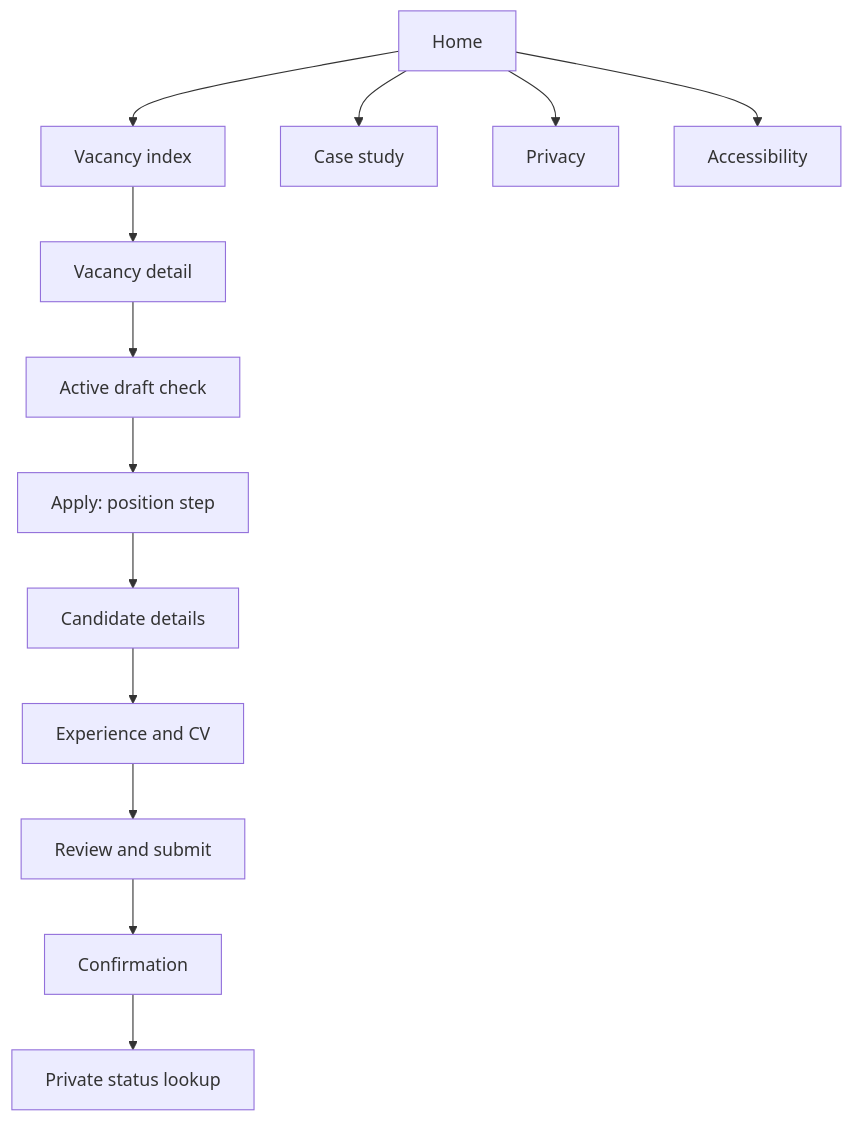
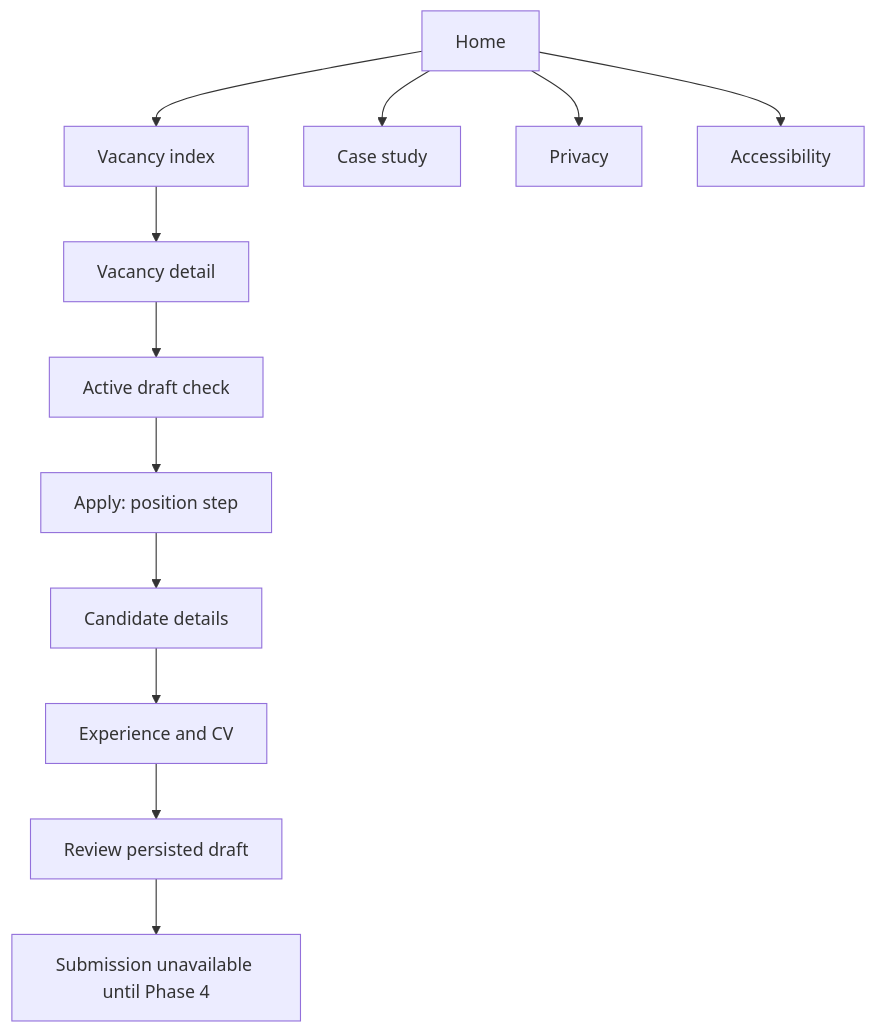
One commit to JalolbekJR/applyflow changed the first of 2 diagrams in docs/user-flow.md. Above: the diagram before and after it, drawn with Mermaid. The commit also changed other lines of this file and 82 other files, not shown here.

````diff
--- a/docs/user-flow.md
+++ b/docs/user-flow.md
@@ -5,15 +5,14 @@
 ```mermaid
 flowchart TD
     Home["Home"] --> Vacancies["Vacancy index"]
     Vacancies --> Detail["Vacancy detail"]
     Detail --> DraftCheck["Active draft check"]
     DraftCheck --> Start["Apply: position step"]
     Start --> Details["Candidate details"]
     Details --> Experience["Experience and CV"]
-    Experience --> Review["Review and submit"]
-    Review --> Submitted["Confirmation"]
-    Submitted --> Status["Private status lookup"]
+    Experience --> Review["Review persisted draft"]
+    Review --> Deferred["Submission unavailable until Phase 4"]
     Home --> CaseStudy["Case study"]
     Home --> Privacy["Privacy"]
     Home --> Accessibility["Accessibility"]
 ```
````
